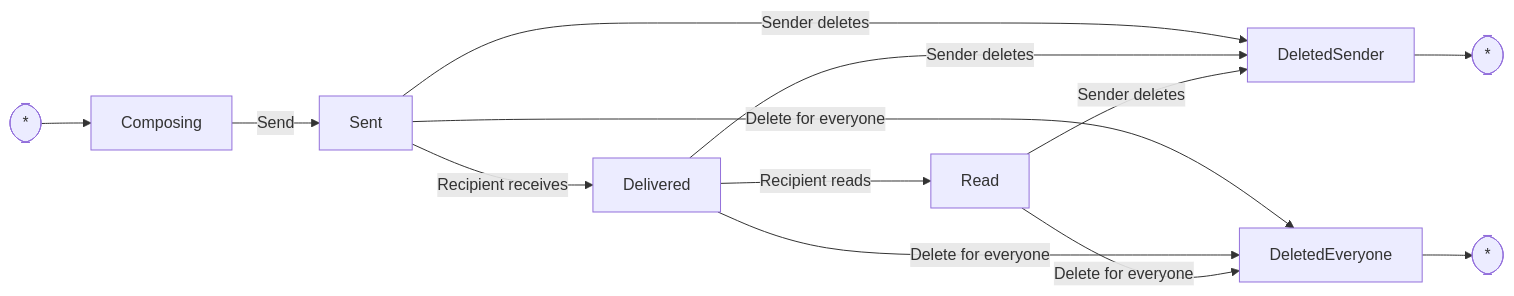
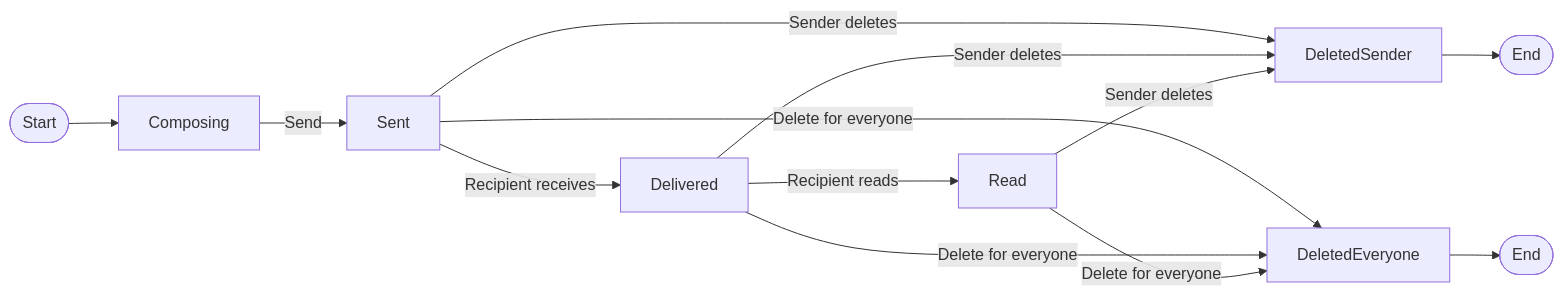
Before and after one commit to vd120/laravel_project: diagram 20 of 29 in UML.md, drawn with Mermaid. The commit also changed other lines of this file, not shown here.

````diff
--- a/UML.md
+++ b/UML.md
@@ -1131,15 +1118,15 @@
 ```mermaid
 flowchart LR
-    Start([*]) --> Composing
-    Composing -->|Send| Sent
-    Sent -->|Recipient receives| Delivered
-    Delivered -->|Recipient reads| Read
-    Sent -->|Sender deletes| DeletedSender
-    Delivered -->|Sender deletes| DeletedSender
-    Read -->|Sender deletes| DeletedSender
-    Sent -->|Delete for everyone| DeletedEveryone
-    Delivered -->|Delete for everyone| DeletedEveryone
-    Read -->|Delete for everyone| DeletedEveryone
-    DeletedSender --> End([*])
-    DeletedEveryone --> End2([*])
+    A([Start]) --> B[Composing]
+    B -->|Send| C[Sent]
+    C -->|Recipient receives| D[Delivered]
+    D -->|Recipient reads| E[Read]
+    C -->|Sender deletes| F[DeletedSender]
+    D -->|Sender deletes| F
+    E -->|Sender deletes| F
+    C -->|Delete for everyone| G[DeletedEveryone]
+    D -->|Delete for everyone| G
+    E -->|Delete for everyone| G
+    F --> H([End])
+    G --> I([End])
 ```
````
